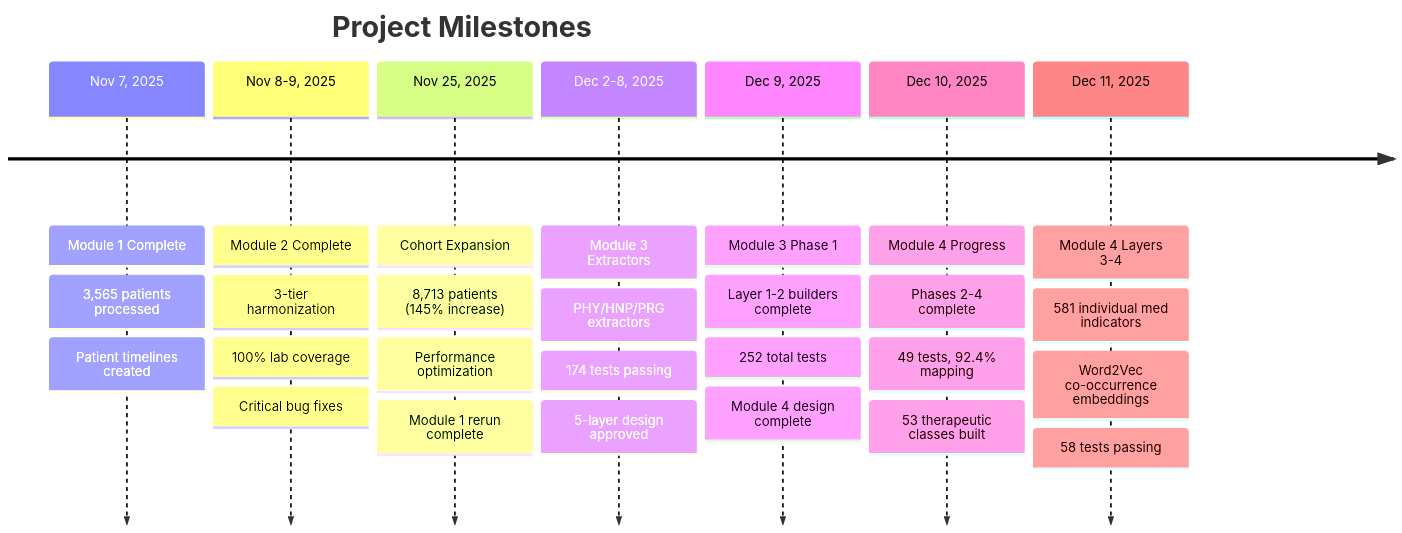
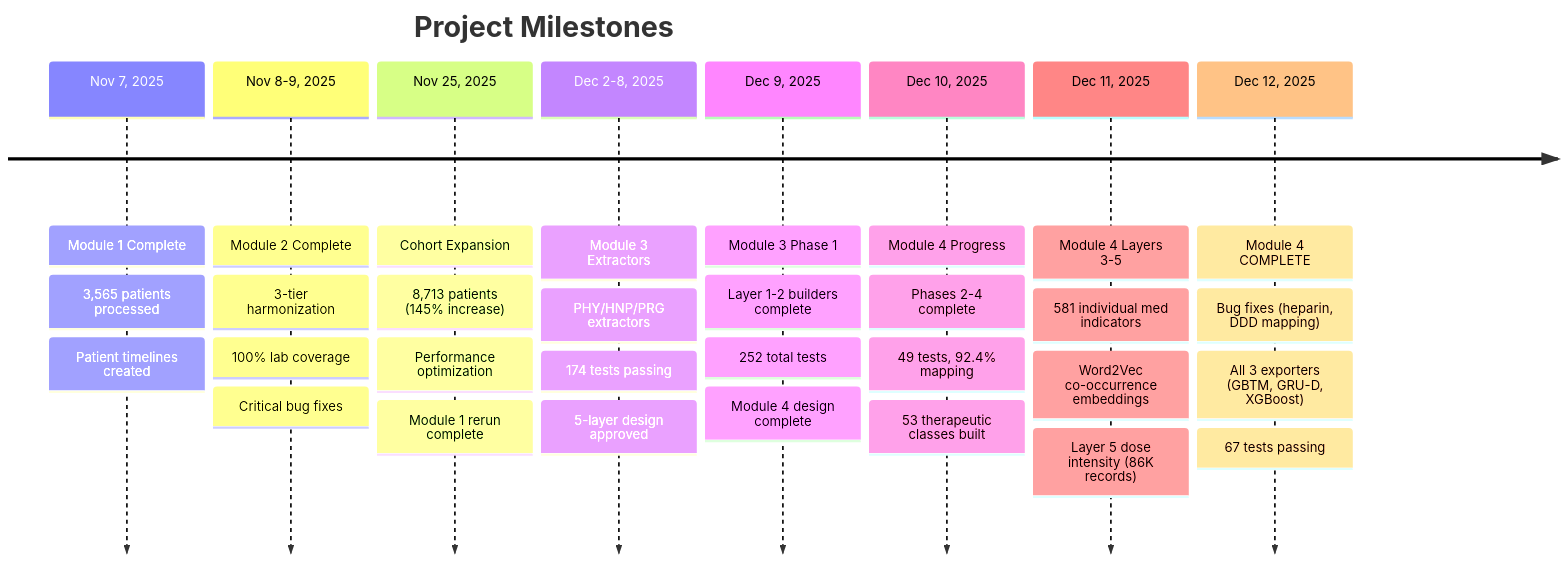
Before and after one commit to moinhs1/extracting-features: the third of 3 diagrams in docs/progress.md, drawn with Mermaid. The commit also changed other lines of this file and 3 other files, not shown here.

````diff
--- a/docs/progress.md
+++ b/docs/progress.md
@@ -154,38 +166,43 @@
 ```mermaid
 timeline
     title Project Milestones
 
     Nov 7, 2025 : Module 1 Complete
                 : 3,565 patients processed
                 : Patient timelines created
 
     Nov 8-9, 2025 : Module 2 Complete
                   : 3-tier harmonization
                   : 100% lab coverage
                   : Critical bug fixes
 
     Nov 25, 2025 : Cohort Expansion
                  : 8,713 patients (145% increase)
                  : Performance optimization
                  : Module 1 rerun complete
 
     Dec 2-8, 2025 : Module 3 Extractors
                   : PHY/HNP/PRG extractors
                   : 174 tests passing
                   : 5-layer design approved
 
     Dec 9, 2025 : Module 3 Phase 1
                 : Layer 1-2 builders complete
                 : 252 total tests
                 : Module 4 design complete
 
     Dec 10, 2025 : Module 4 Progress
                  : Phases 2-4 complete
                  : 49 tests, 92.4% mapping
                  : 53 therapeutic classes built
 
-    Dec 11, 2025 : Module 4 Layers 3-4
+    Dec 11, 2025 : Module 4 Layers 3-5
                  : 581 individual med indicators
                  : Word2Vec co-occurrence embeddings
-                 : 58 tests passing
+                 : Layer 5 dose intensity (86K records)
+
+    Dec 12, 2025 : Module 4 COMPLETE
+                 : Bug fixes (heparin, DDD mapping)
+                 : All 3 exporters (GBTM, GRU-D, XGBoost)
+                 : 67 tests passing
 ```
````
